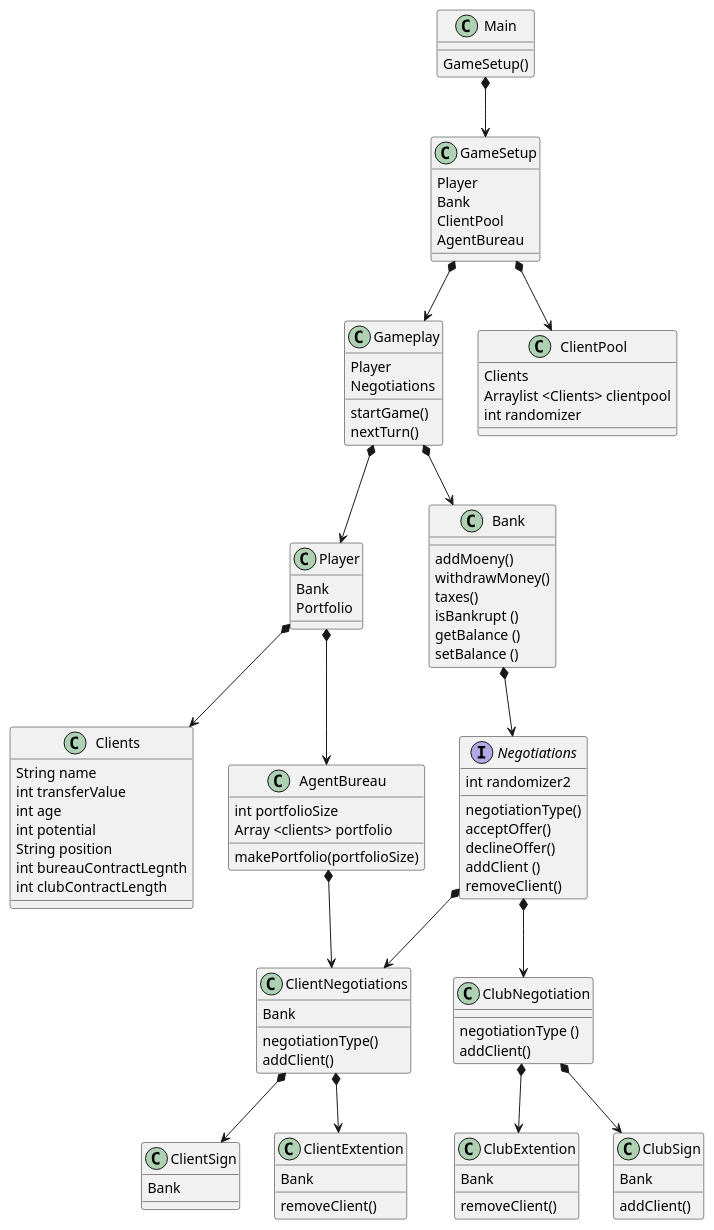
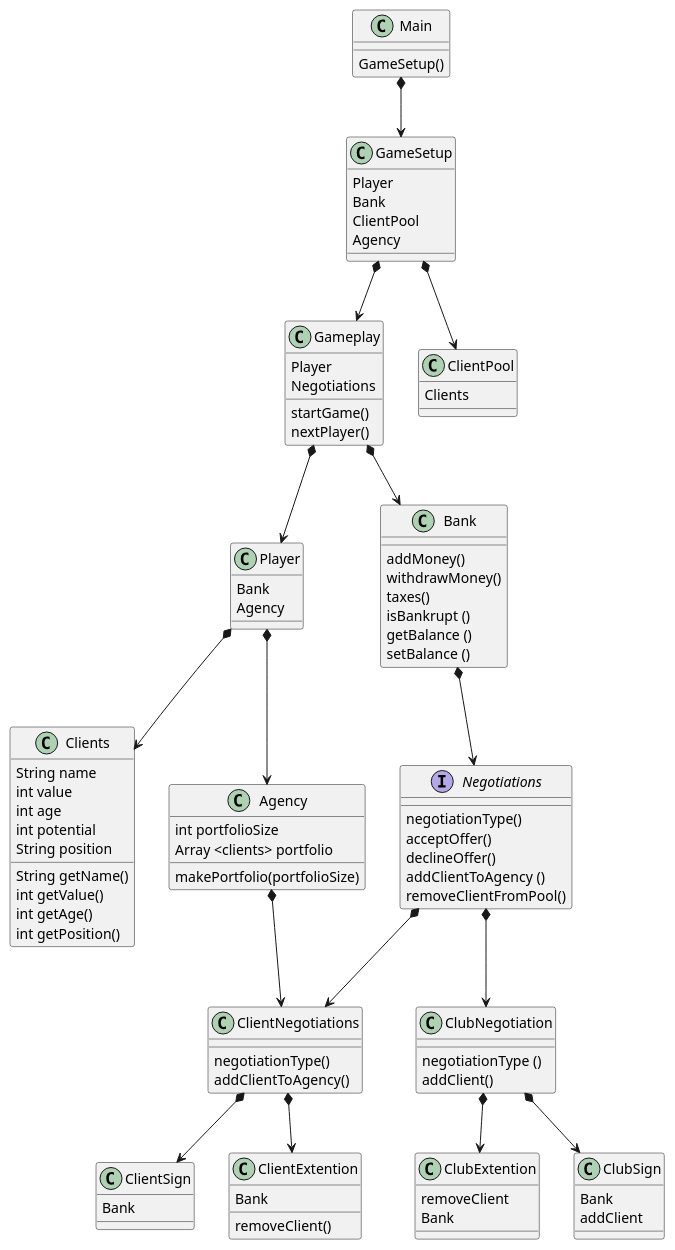
One commit to havvand/ICE_Project changed the diagram in src/Diagrams/Class Diagram.puml. Above: the diagram before and after it, drawn with PlantUML. The commit also changed 1 other file, not shown here.

```diff
--- a/src/Diagrams/Class Diagram.puml
+++ b/src/Diagrams/Class Diagram.puml
@@ -1,126 +1,119 @@
 @startuml
 'https://plantuml.com/class-diagram
 
 Main *--> GameSetup
 GameSetup *--> Gameplay
 GameSetup *--> ClientPool
 Gameplay *--> Player
 Gameplay *--> Bank
 Bank *--> Negotiations
 Negotiations *--> ClientNegotiations
 Negotiations *--> ClubNegotiation
 ClientNegotiations *--> ClientSign
 ClientNegotiations *--> ClientExtention
 ClubNegotiation *--> ClubExtention
 ClubNegotiation *--> ClubSign
 Player *--> Clients
-Player *--> AgentBureau
-AgentBureau *--> ClientNegotiations
+Player *--> Agency
+Agency *--> ClientNegotiations
 
 class Main {
 GameSetup()
 }
 
 class GameSetup{
 Player
 Bank
 ClientPool
-AgentBureau
+Agency
 }
 
 class Gameplay {
 Player
 Negotiations
 startGame()
-nextTurn()
+nextPlayer()
 }
 class Player {
 Bank
-Portfolio
+Agency
 }
 
 class ClientPool {
 Clients
-Arraylist <Clients> clientpool
-int randomizer
 }
 
 
 interface Negotiations{
 negotiationType()
 acceptOffer()
 declineOffer()
-addClient ()
-removeClient()
-int randomizer2
-
+addClientToAgency ()
+removeClientFromPool()
 }
 
 class ClientNegotiations{
 negotiationType()
-addClient()
-Bank
-
+addClientToAgency()
 }
 class ClubNegotiation{
 negotiationType ()
 addClient()
 
 }
 class Bank{
-addMoeny()
+addMoney()
 withdrawMoney()
 taxes()
 isBankrupt ()
 getBalance ()
 setBalance ()
 }
 
 class Clients{
 String name
-int transferValue
+int value
 int age
 int potential
 String position
-int bureauContractLegnth
-int clubContractLength
-
-
-
+String getName()
+int getValue()
+int getAge()
+int getPosition()
 }
 
-class AgentBureau{
+class Agency{
 int portfolioSize
 Array <clients> portfolio
 makePortfolio(portfolioSize)
 
 
 }
 class ClientSign{
 Bank
 }
 
 class ClientExtention{
 Bank
 removeClient()
 }
 
 class ClubSign{
 Bank
-addClient()
+addClient
 }
 
 class ClubExtention{
-removeClient()
+removeClient
 Bank
 }
 
 
 
 
 
 
 
 
 
 @enduml
```
